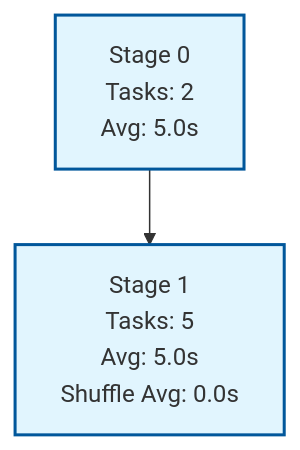
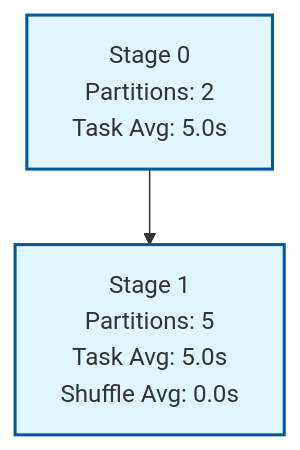
One commit to fhalde/fauxspark changed the diagram in examples/shuffle/README.md. Above: the diagram before and after it, drawn with Mermaid. The commit also changed other lines of this file and 3 other files, not shown here.

````diff
--- a/examples/shuffle/README.md
+++ b/examples/shuffle/README.md
@@ -9,7 +9,7 @@
 ```mermaid
 graph TD
-    Stage0["Stage 0<br/>Tasks: 2<br/>Avg: 5.0s"] --> Stage1["Stage 1<br/>Tasks: 5<br/>Avg: 5.0s<br/>Shuffle Avg: 0.0s"]
+    Stage0["Stage 0<br/>Partitions: 2<br/>Task Avg: 5.0s"] --> Stage1["Stage 1<br/>Partitions: 5<br/>Task Avg: 5.0s<br/>Shuffle Avg: 0.0s"]
 
     classDef stageBox fill:#e1f5fe,stroke:#01579b,stroke-width:2px
     class Stage0,Stage1 stageBox
 ```
````
